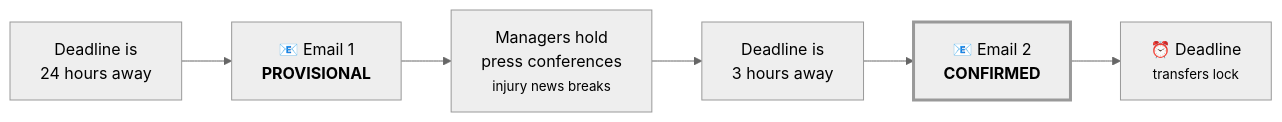
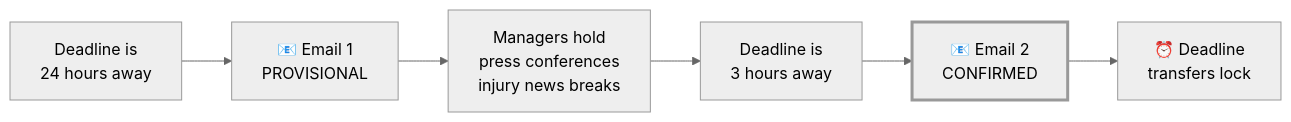
Before and after one commit to MasonGallagher/FplBot: the second of 12 diagrams in docs/DIAGRAMS.md, drawn with Mermaid (neutral theme). The commit also changed other lines of this file and 1 other file, not shown here.

First line of the commit message:
docs: fix diagram labels overflowing their shapes, and cover calibration

````diff
--- a/docs/DIAGRAMS.md
+++ b/docs/DIAGRAMS.md
@@ -64,11 +64,11 @@
 ```mermaid
 flowchart LR
-    A["Deadline is<br/>24 hours away"] --> B["📧 Email 1<br/><b>PROVISIONAL</b>"]
-    B --> C["Managers hold<br/>press conferences<br/><small>injury news breaks</small>"]
+    A["Deadline is<br/>24 hours away"] --> B["📧 Email 1<br/>PROVISIONAL"]
+    B --> C["Managers hold<br/>press conferences<br/>injury news breaks"]
     C --> D["Deadline is<br/>3 hours away"]
-    D --> E["📧 Email 2<br/><b>CONFIRMED</b>"]
-    E --> F["⏰ Deadline<br/><small>transfers lock</small>"]
+    D --> E["📧 Email 2<br/>CONFIRMED"]
+    E --> F["⏰ Deadline<br/>transfers lock"]
 
     classDef emphasis stroke-width:3px
     class E emphasis
 ```
````
